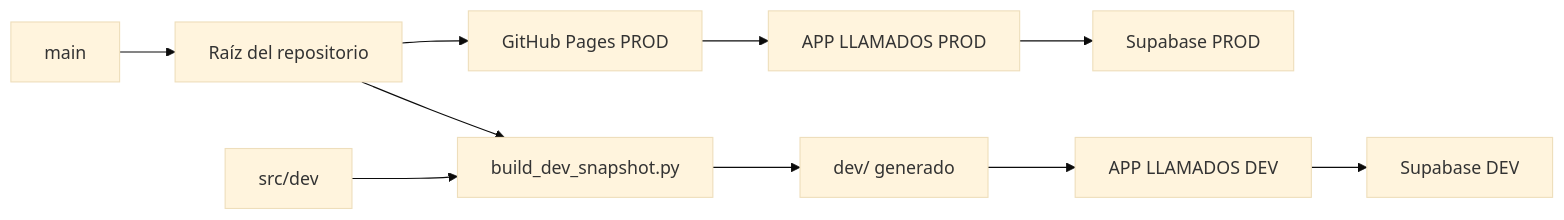
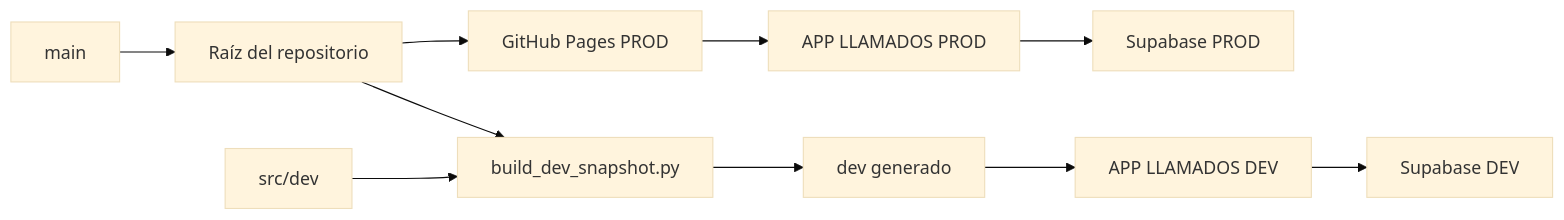
Before and after one commit to guilledpn/KNwS7F_2a2LZ7MS: the first of 2 diagrams in docs/architecture/product-environment-deployment-matrix.md, drawn with Mermaid (base theme). The commit also changed other lines of this file, not shown here.

Commit message:
docs(architecture): reconciliar LCD de matriz de ambientes

````diff
--- a/docs/architecture/product-environment-deployment-matrix.md
+++ b/docs/architecture/product-environment-deployment-matrix.md
@@ -34,12 +38,12 @@
 ```mermaid
 flowchart LR
     MAIN[main] --> ROOT[Raíz del repositorio]
     ROOT --> PAGES[GitHub Pages PROD]
     ROOT --> BUILDER[build_dev_snapshot.py]
     SRCDEV[src/dev] --> BUILDER
-    BUILDER --> DEVDIR[dev/ generado]
+    BUILDER --> DEVDIR[dev generado]
     PAGES --> PRODUI[APP LLAMADOS PROD]
     DEVDIR --> DEVUI[APP LLAMADOS DEV]
     PRODUI --> SBPROD[Supabase PROD]
     DEVUI --> SBDEV[Supabase DEV]
 ```
````
